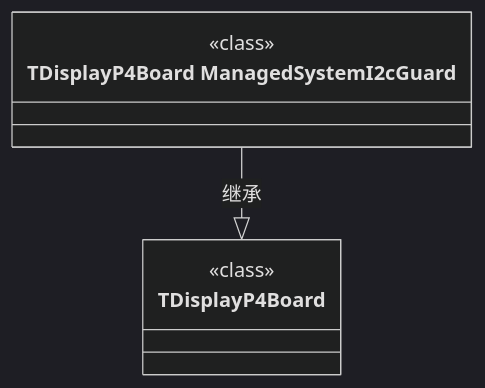
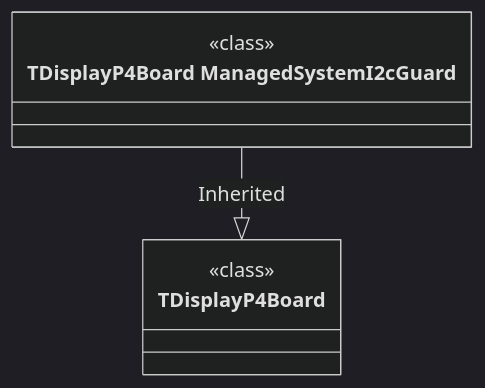
Before and after one commit to manmuqingshan/trail-mate: the diagram in docs/engineering/class-structural-diagrams/boards-t_display_p4-include-boards/class-structural-diagram.md, drawn with Mermaid (dark theme). The commit also changed other lines of this file and 527 other files, not shown here.

````diff
--- a/docs/engineering/class-structural-diagrams/boards-t_display_p4-include-boards/class-structural-diagram.md
+++ b/docs/engineering/class-structural-diagrams/boards-t_display_p4-include-boards/class-structural-diagram.md
@@ -42,10 +42,10 @@
 ```mermaid
 classDiagram
   class TDisplayP4Board["TDisplayP4Board"] {
     <<class>>
   }
   class TDisplayP4Board_ManagedSystemI2cGuard["TDisplayP4Board  ManagedSystemI2cGuard"] {
     <<class>>
   }
-  TDisplayP4Board_ManagedSystemI2cGuard --|> TDisplayP4Board : 继承
+ TDisplayP4Board_ManagedSystemI2cGuard --|> TDisplayP4Board : Inherited
 ```
````
